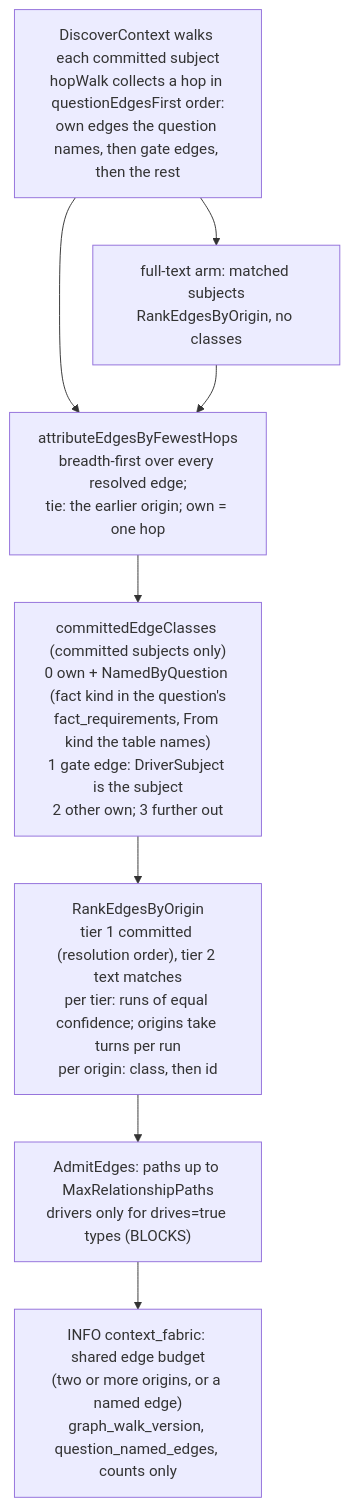
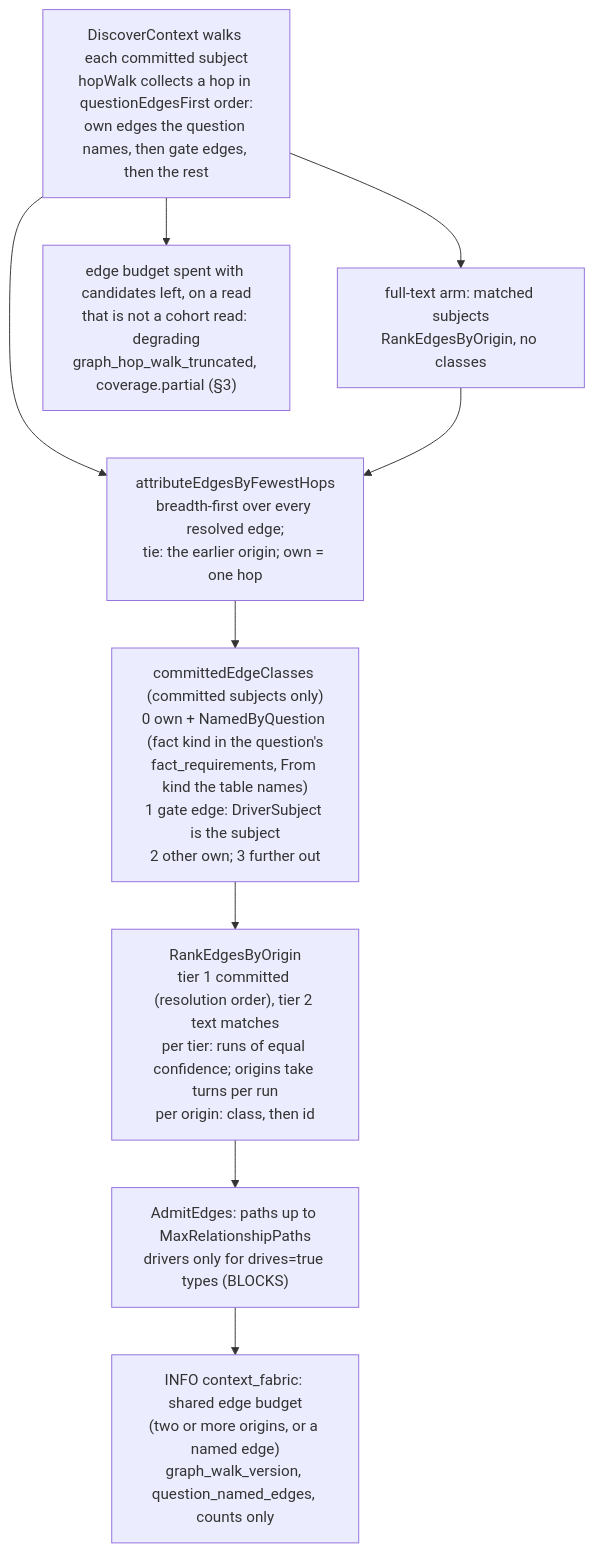
One commit to full-chaos/dev-health-acr changed diagram 25 of 37 in docs/design/context-fabric-architecture-diagrams.md. Above: the diagram before and after it, drawn with Mermaid. The commit also changed other lines of this file and 21 other files, not shown here.

First line of the commit message:
feat(contracts): CHAOS-12348 disclose a cut or narrowed non-cohort graph read

````diff
--- a/docs/design/context-fabric-architecture-diagrams.md
+++ b/docs/design/context-fabric-architecture-diagrams.md
@@ -3305,10 +3328,11 @@
 ```mermaid
 flowchart TD
   WALK["DiscoverContext walks each committed subject<br/>hopWalk collects a hop in questionEdgesFirst order:<br/>own edges the question names, then gate edges, then the rest"] --> TEXT["full-text arm: matched subjects<br/>RankEdgesByOrigin, no classes"]
   WALK --> ATTR["attributeEdgesByFewestHops<br/>breadth-first over every resolved edge;<br/>tie: the earlier origin; own = one hop"]
+  WALK --> CUT["edge budget spent with candidates left, on a read<br/>that is not a cohort read: degrading<br/>graph_hop_walk_truncated, coverage.partial (§3)"]
   TEXT --> ATTR
   ATTR --> CLASS["committedEdgeClasses (committed subjects only)<br/>0 own + NamedByQuestion (fact kind in the question's<br/>fact_requirements, From kind the table names)<br/>1 gate edge: DriverSubject is the subject<br/>2 other own; 3 further out"]
   CLASS --> RANK["RankEdgesByOrigin<br/>tier 1 committed (resolution order), tier 2 text matches<br/>per tier: runs of equal confidence; origins take turns per run<br/>per origin: class, then id"]
   RANK --> ADMIT["AdmitEdges: paths up to MaxRelationshipPaths<br/>drivers only for drives=true types (BLOCKS)"]
   ADMIT --> LOG["INFO context_fabric: shared edge budget<br/>(two or more origins, or a named edge)<br/>graph_walk_version, question_named_edges, counts only"]
 ```
````
